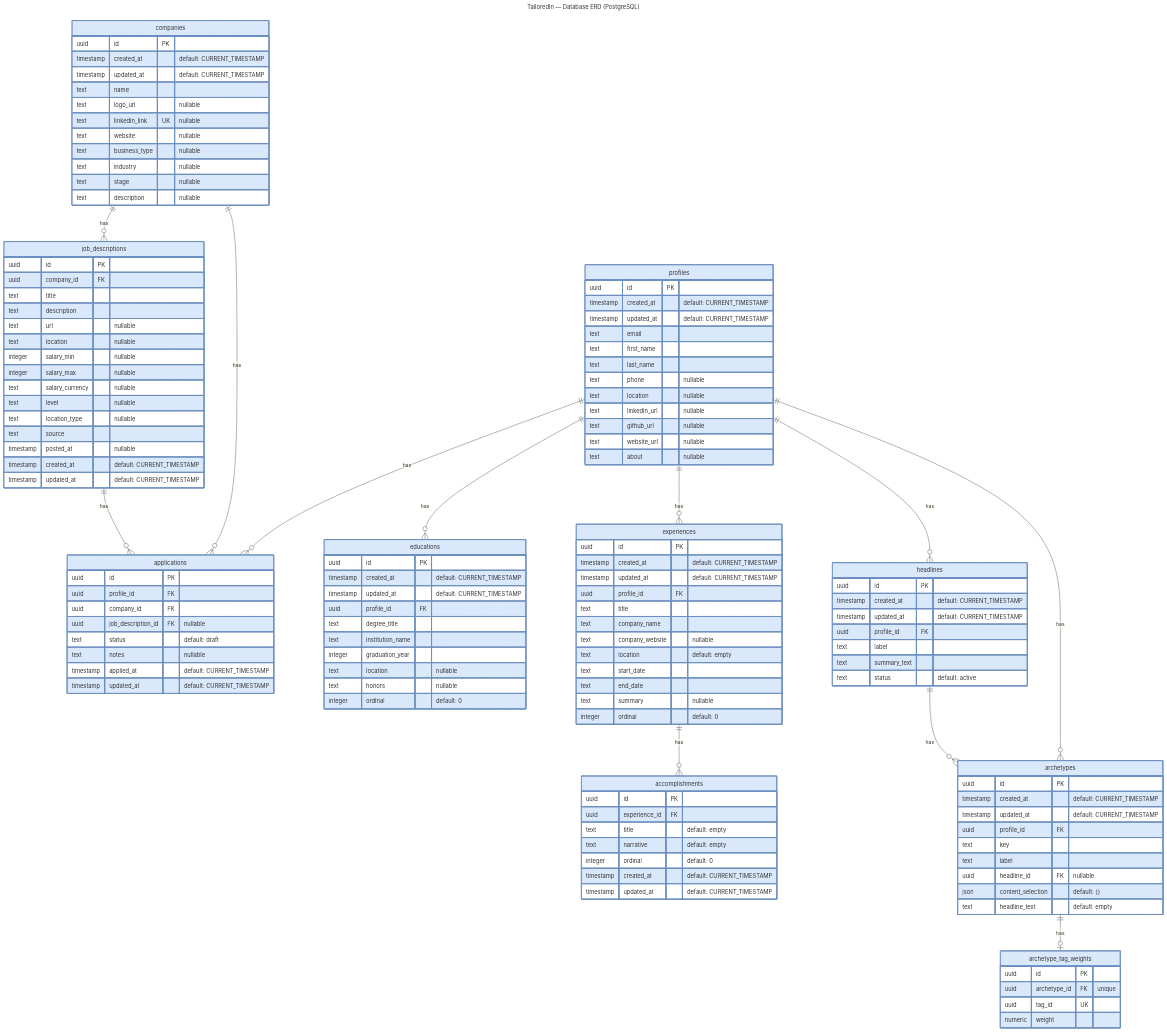
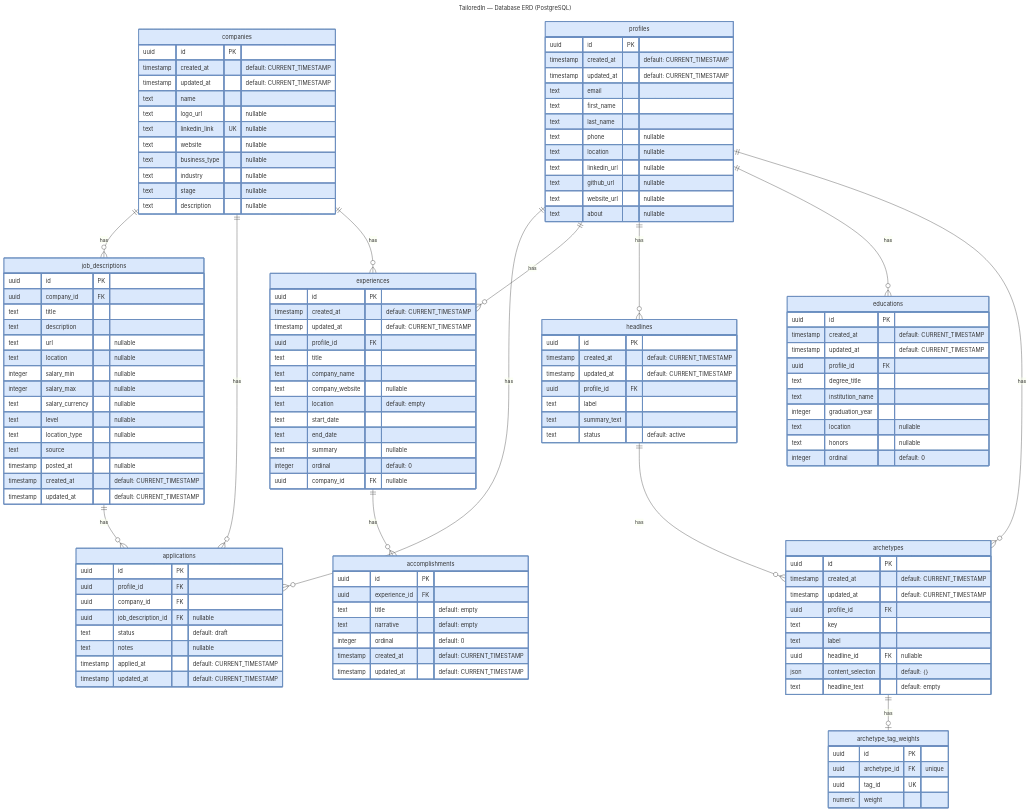
Before and after one commit to bluebird-labs/TailoredIn: the diagram in infrastructure/DATABASE.mmd, drawn with Mermaid.

Commit message:
chore: update diagrams

```diff
--- a/infrastructure/DATABASE.mmd
+++ b/infrastructure/DATABASE.mmd
@@ -1,166 +1,168 @@
 ---
 title: TailoredIn — Database ERD (PostgreSQL)
 ---
 
 erDiagram
 
     %% ──────────────────────────────────────────────
     %%  Tables
     %% ──────────────────────────────────────────────
 
     accomplishments {
         uuid id PK
         uuid experience_id FK
         text title "default: empty"
         text narrative "default: empty"
         integer ordinal "default: 0"
         timestamp created_at "default: CURRENT_TIMESTAMP"
         timestamp updated_at "default: CURRENT_TIMESTAMP"
     }
 
     applications {
         uuid id PK
         uuid profile_id FK
         uuid company_id FK
         uuid job_description_id FK "nullable"
         text status "default: draft"
         text notes "nullable"
         timestamp applied_at "default: CURRENT_TIMESTAMP"
         timestamp updated_at "default: CURRENT_TIMESTAMP"
     }
 
     archetype_tag_weights {
         uuid id PK
         uuid archetype_id FK "unique"
         uuid tag_id UK
         numeric weight
     }
 
     archetypes {
         uuid id PK
         timestamp created_at "default: CURRENT_TIMESTAMP"
         timestamp updated_at "default: CURRENT_TIMESTAMP"
         uuid profile_id FK
         text key
         text label
         uuid headline_id FK "nullable"
         json content_selection "default: {}"
         text headline_text "default: empty"
     }
 
     companies {
         uuid id PK
         timestamp created_at "default: CURRENT_TIMESTAMP"
         timestamp updated_at "default: CURRENT_TIMESTAMP"
         text name
         text logo_url "nullable"
         text linkedin_link UK "nullable"
         text website "nullable"
         text business_type "nullable"
         text industry "nullable"
         text stage "nullable"
         text description "nullable"
     }
 
     educations {
         uuid id PK
         timestamp created_at "default: CURRENT_TIMESTAMP"
         timestamp updated_at "default: CURRENT_TIMESTAMP"
         uuid profile_id FK
         text degree_title
         text institution_name
         integer graduation_year
         text location "nullable"
         text honors "nullable"
         integer ordinal "default: 0"
     }
 
     experiences {
         uuid id PK
         timestamp created_at "default: CURRENT_TIMESTAMP"
         timestamp updated_at "default: CURRENT_TIMESTAMP"
         uuid profile_id FK
         text title
         text company_name
         text company_website "nullable"
         text location "default: empty"
         text start_date
         text end_date
         text summary "nullable"
         integer ordinal "default: 0"
+        uuid company_id FK "nullable"
     }
 
     headlines {
         uuid id PK
         timestamp created_at "default: CURRENT_TIMESTAMP"
         timestamp updated_at "default: CURRENT_TIMESTAMP"
         uuid profile_id FK
         text label
         text summary_text
         text status "default: active"
     }
 
     job_descriptions {
         uuid id PK
         uuid company_id FK
         text title
         text description
         text url "nullable"
         text location "nullable"
         integer salary_min "nullable"
         integer salary_max "nullable"
         text salary_currency "nullable"
         text level "nullable"
         text location_type "nullable"
         text source
         timestamp posted_at "nullable"
         timestamp created_at "default: CURRENT_TIMESTAMP"
         timestamp updated_at "default: CURRENT_TIMESTAMP"
     }
 
     profiles {
         uuid id PK
         timestamp created_at "default: CURRENT_TIMESTAMP"
         timestamp updated_at "default: CURRENT_TIMESTAMP"
         text email
         text first_name
         text last_name
         text phone "nullable"
         text location "nullable"
         text linkedin_url "nullable"
         text github_url "nullable"
         text website_url "nullable"
         text about "nullable"
     }
 
     %% ──────────────────────────────────────────────
     %%  Relationships
     %% ──────────────────────────────────────────────
 
     companies ||--o{ job_descriptions : "has"
     profiles ||--o{ applications : "has"
     companies ||--o{ applications : "has"
     job_descriptions ||--o{ applications : "has"
+    companies ||--o{ experiences : "has"
     profiles ||--o{ experiences : "has"
     profiles ||--o{ headlines : "has"
     profiles ||--o{ educations : "has"
     profiles ||--o{ archetypes : "has"
     headlines ||--o{ archetypes : "has"
     archetypes ||--o| archetype_tag_weights : "has"
     experiences ||--o{ accomplishments : "has"
 
     %% ──────────────────────────────────────────────
     %%  Styles
     %% ──────────────────────────────────────────────
 
     classDef group0 fill:#dae8fc,stroke:#6c8ebf,stroke-width:2px
     class accomplishments group0
     class applications group0
     class archetype_tag_weights group0
     class archetypes group0
     class companies group0
     class educations group0
     class experiences group0
     class headlines group0
     class job_descriptions group0
     class profiles group0
```
